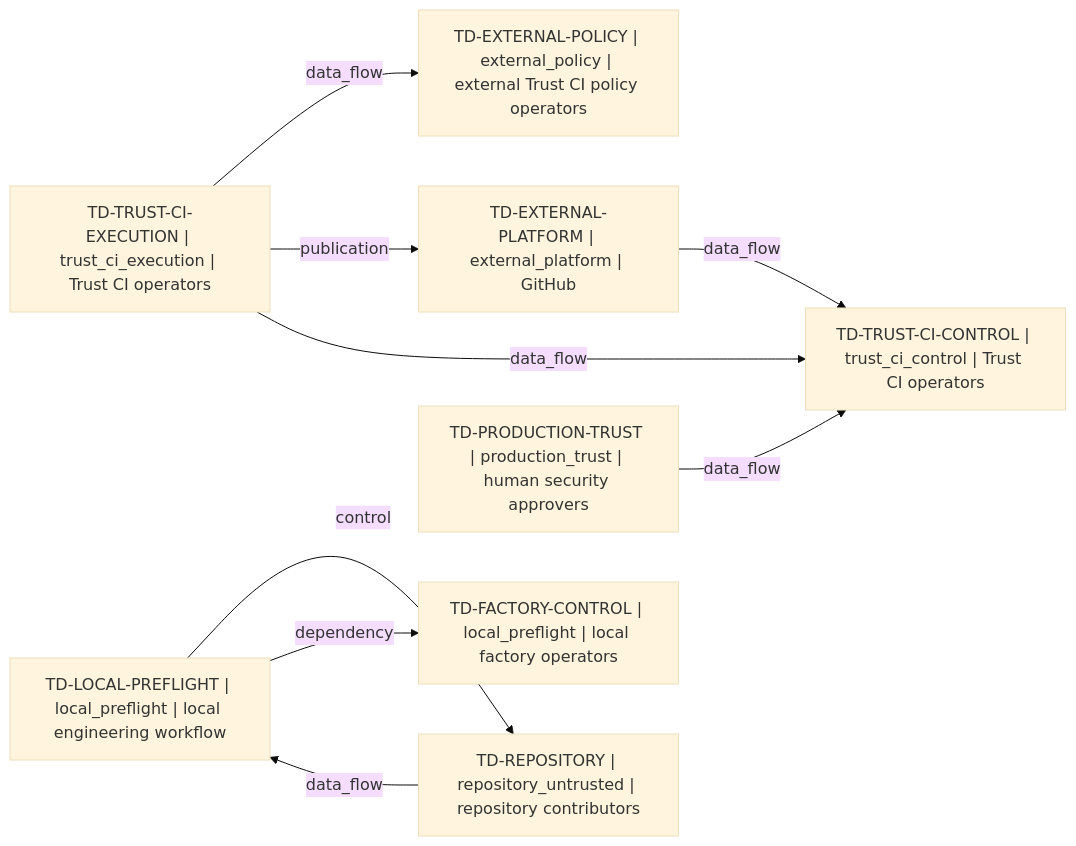
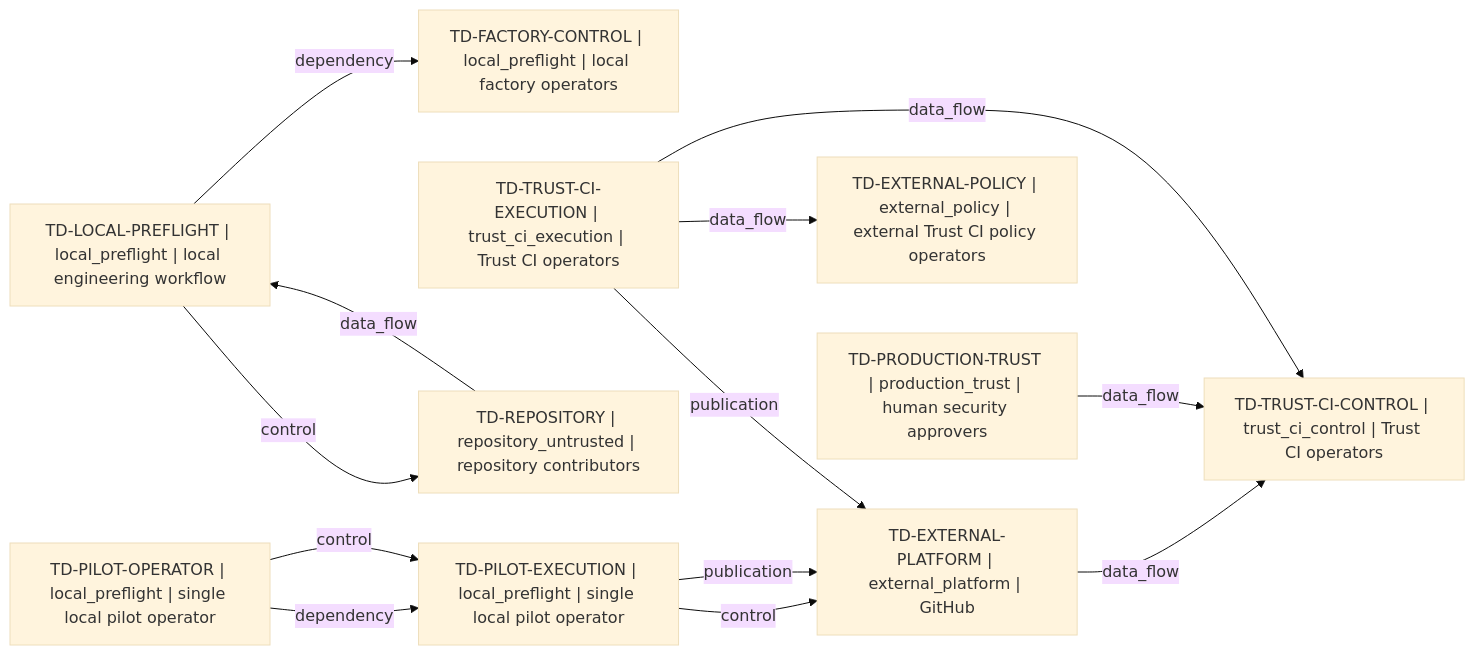
Before and after one commit to Dimkox/adaptive-grok-build-pro: the diagram in architecture/generated/context.mmd, drawn with Mermaid (base theme). The commit also changed 88 other files, not shown here.

```diff
--- a/architecture/generated/context.mmd
+++ b/architecture/generated/context.mmd
@@ -1,17 +1,23 @@
 flowchart LR
   domain_96fb748595c57dce["TD-EXTERNAL-PLATFORM | external_platform | GitHub"]
   domain_ece8d94ff661d9fb["TD-EXTERNAL-POLICY | external_policy | external Trust CI policy operators"]
   domain_c4152908c77524f2["TD-FACTORY-CONTROL | local_preflight | local factory operators"]
   domain_fa5ae843eb45e375["TD-LOCAL-PREFLIGHT | local_preflight | local engineering workflow"]
+  domain_ecfc7e3b9c85919c["TD-PILOT-EXECUTION | local_preflight | single local pilot operator"]
+  domain_29ad83586d8fa0ed["TD-PILOT-OPERATOR | local_preflight | single local pilot operator"]
   domain_93c532f149d3e2d5["TD-PRODUCTION-TRUST | production_trust | human security approvers"]
   domain_734c10023f9857a2["TD-REPOSITORY | repository_untrusted | repository contributors"]
   domain_7f80d82d053144ab["TD-TRUST-CI-CONTROL | trust_ci_control | Trust CI operators"]
   domain_65e7aeb3bb37c460["TD-TRUST-CI-EXECUTION | trust_ci_execution | Trust CI operators"]
   domain_734c10023f9857a2 -->|"data_flow"| domain_fa5ae843eb45e375
   domain_96fb748595c57dce -->|"data_flow"| domain_7f80d82d053144ab
   domain_93c532f149d3e2d5 -->|"data_flow"| domain_7f80d82d053144ab
+  domain_ecfc7e3b9c85919c -->|"control"| domain_96fb748595c57dce
+  domain_29ad83586d8fa0ed -->|"dependency"| domain_ecfc7e3b9c85919c
+  domain_ecfc7e3b9c85919c -->|"publication"| domain_96fb748595c57dce
+  domain_29ad83586d8fa0ed -->|"control"| domain_ecfc7e3b9c85919c
   domain_fa5ae843eb45e375 -->|"control"| domain_734c10023f9857a2
   domain_65e7aeb3bb37c460 -->|"data_flow"| domain_ece8d94ff661d9fb
   domain_fa5ae843eb45e375 -->|"dependency"| domain_c4152908c77524f2
   domain_65e7aeb3bb37c460 -->|"publication"| domain_96fb748595c57dce
   domain_65e7aeb3bb37c460 -->|"data_flow"| domain_7f80d82d053144ab
```
